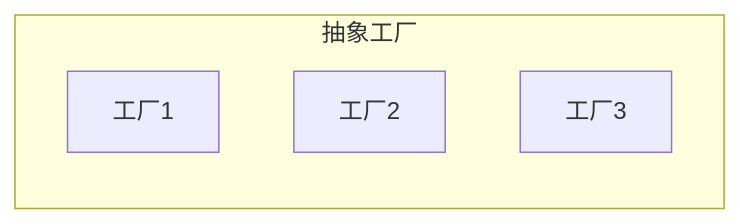
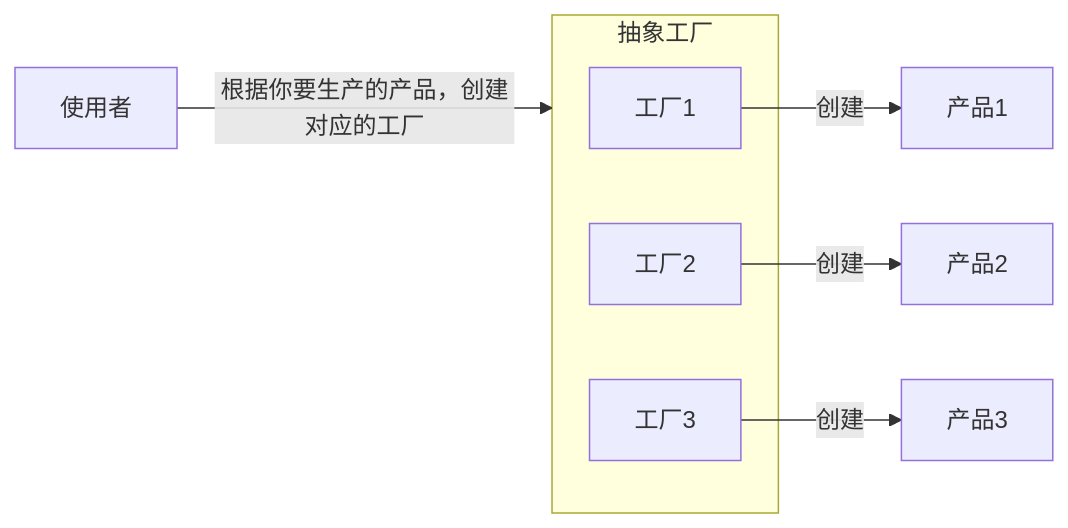
Before and after one commit to poppop9/obsidian: the second of 2 diagrams in 计算机/设计模式/创建型模式/未命名.md, drawn with Mermaid. The commit also changed 3 other files, not shown here.

````diff
--- a/计算机/设计模式/创建型模式/未命名.md
+++ b/计算机/设计模式/创建型模式/未命名.md
@@ -107,8 +107,13 @@
 ```mermaid
 graph LR
 	subgraph 抽象工厂
 		b[工厂1]
 		c[工厂2]
 		d[工厂3]
     end
+
+	a[使用者]--根据你要生产的产品，创建对应的工厂-->抽象工厂
+	b--创建-->产品1
+	c--创建-->产品2
+	d--创建-->产品3
 ```
````
